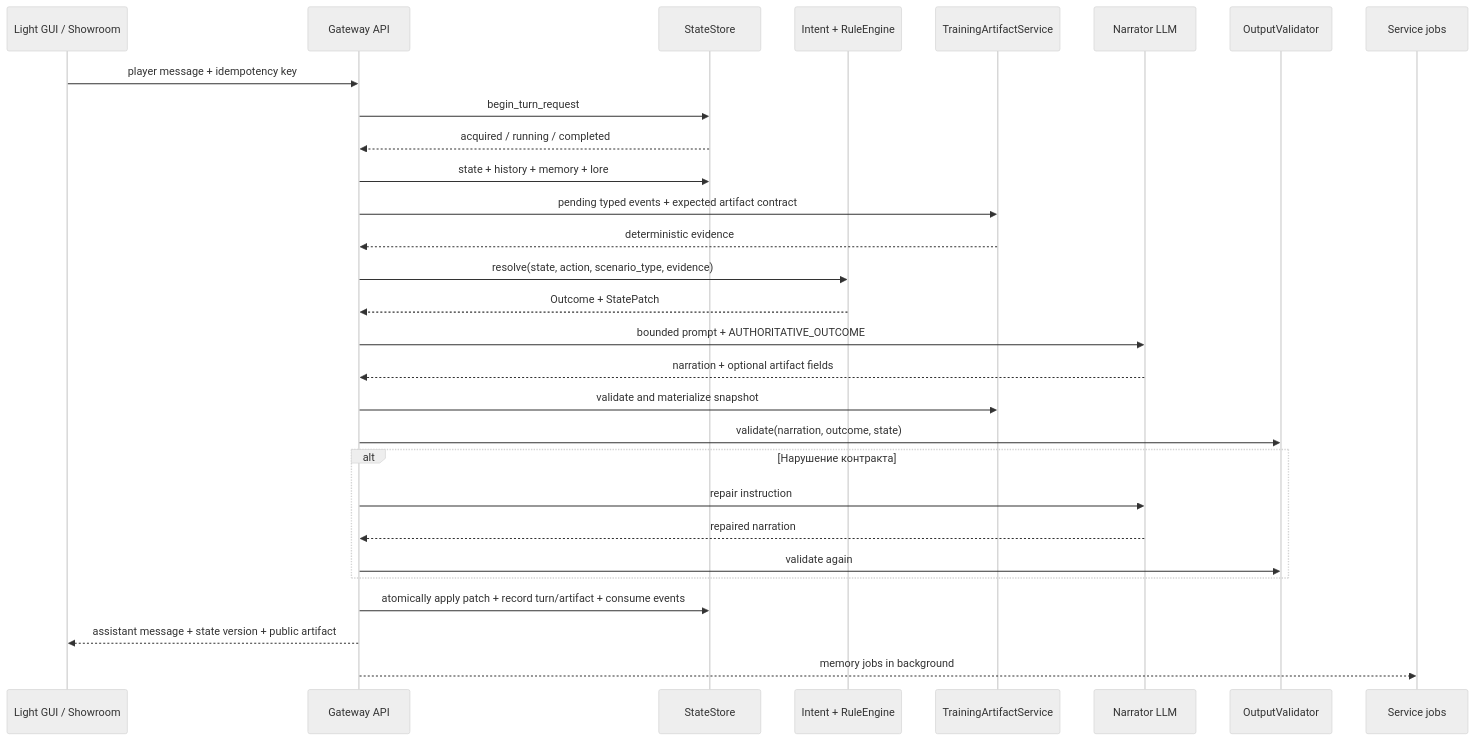
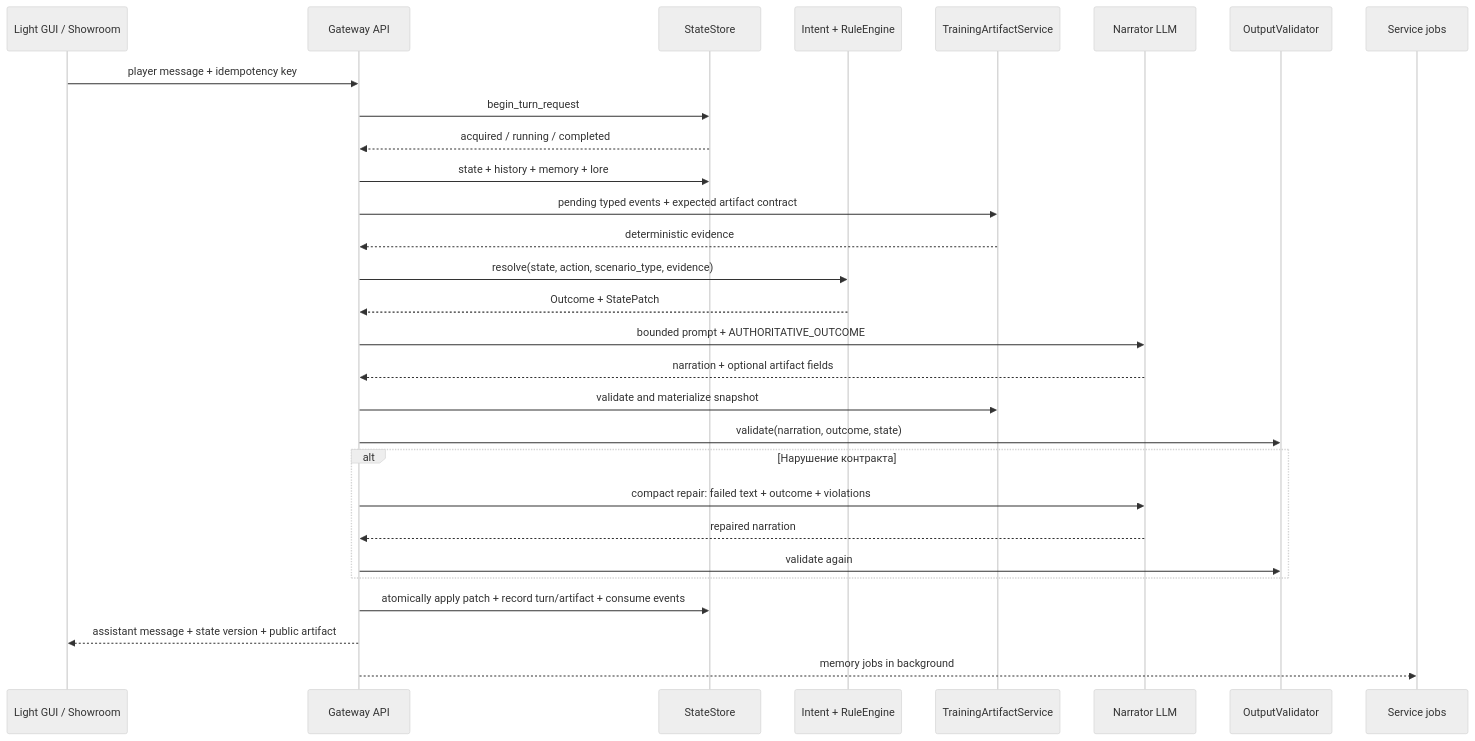
Before and after one commit to abykovwww-byte/ubuntu_ansible_palybooks: the first of 2 diagrams in docs/wiki/03-turn-lifecycle.md, drawn with Mermaid (neutral theme). The commit also changed other lines of this file and 5 other files, not shown here.

````diff
--- a/docs/wiki/03-turn-lifecycle.md
+++ b/docs/wiki/03-turn-lifecycle.md
@@ -7,32 +7,32 @@
 ```mermaid
 sequenceDiagram
     participant UI as Light GUI / Showroom
     participant API as Gateway API
     participant Store as StateStore
     participant Rules as Intent + RuleEngine
     participant Art as TrainingArtifactService
     participant LLM as Narrator LLM
     participant Val as OutputValidator
     participant Jobs as Service jobs
 
     UI->>API: player message + idempotency key
     API->>Store: begin_turn_request
     Store-->>API: acquired / running / completed
     API->>Store: state + history + memory + lore
     API->>Art: pending typed events + expected artifact contract
     Art-->>API: deterministic evidence
     API->>Rules: resolve(state, action, scenario_type, evidence)
     Rules-->>API: Outcome + StatePatch
     API->>LLM: bounded prompt + AUTHORITATIVE_OUTCOME
     LLM-->>API: narration + optional artifact fields
     API->>Art: validate and materialize snapshot
     API->>Val: validate(narration, outcome, state)
     alt Нарушение контракта
-        API->>LLM: repair instruction
+        API->>LLM: compact repair: failed text + outcome + violations
         LLM-->>API: repaired narration
         API->>Val: validate again
     end
     API->>Store: atomically apply patch + record turn/artifact + consume events
     API-->>UI: assistant message + state version + public artifact
     API-->>Jobs: memory jobs in background
 ```
````
